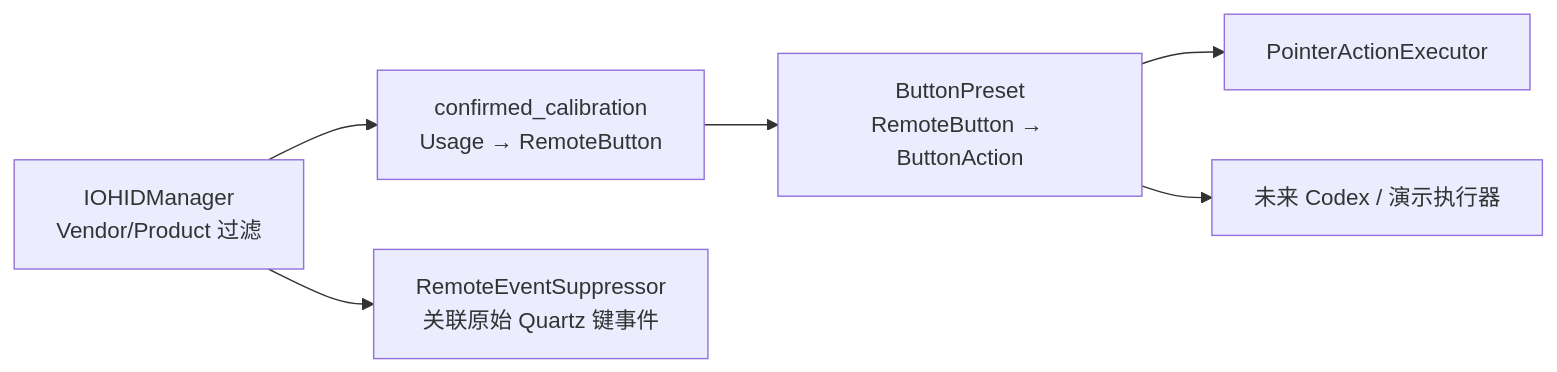
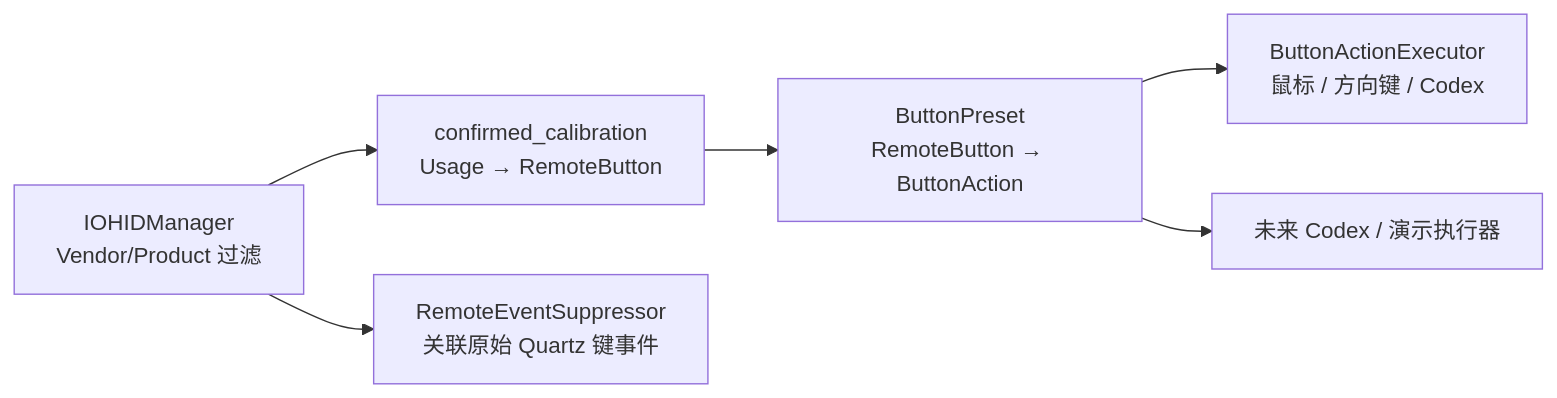
Before and after one commit to fanxeon/mi-ao: the diagram in docs/ARCHITECTURE.md, drawn with Mermaid. The commit also changed other lines of this file and 22 other files, not shown here.

````diff
--- a/docs/ARCHITECTURE.md
+++ b/docs/ARCHITECTURE.md
@@ -19,8 +19,8 @@
 ```mermaid
 flowchart LR
     HID["IOHIDManager<br/>Vendor/Product 过滤"] --> CAL["confirmed_calibration<br/>Usage → RemoteButton"]
     CAL --> PRESET["ButtonPreset<br/>RemoteButton → ButtonAction"]
-    PRESET --> POINTER["PointerActionExecutor"]
+    PRESET --> EXECUTOR["ButtonActionExecutor<br/>鼠标 / 方向键 / Codex"]
     PRESET --> FUTURE["未来 Codex / 演示执行器"]
     HID --> SUPPRESS["RemoteEventSuppressor<br/>关联原始 Quartz 键事件"]
 ```
````
